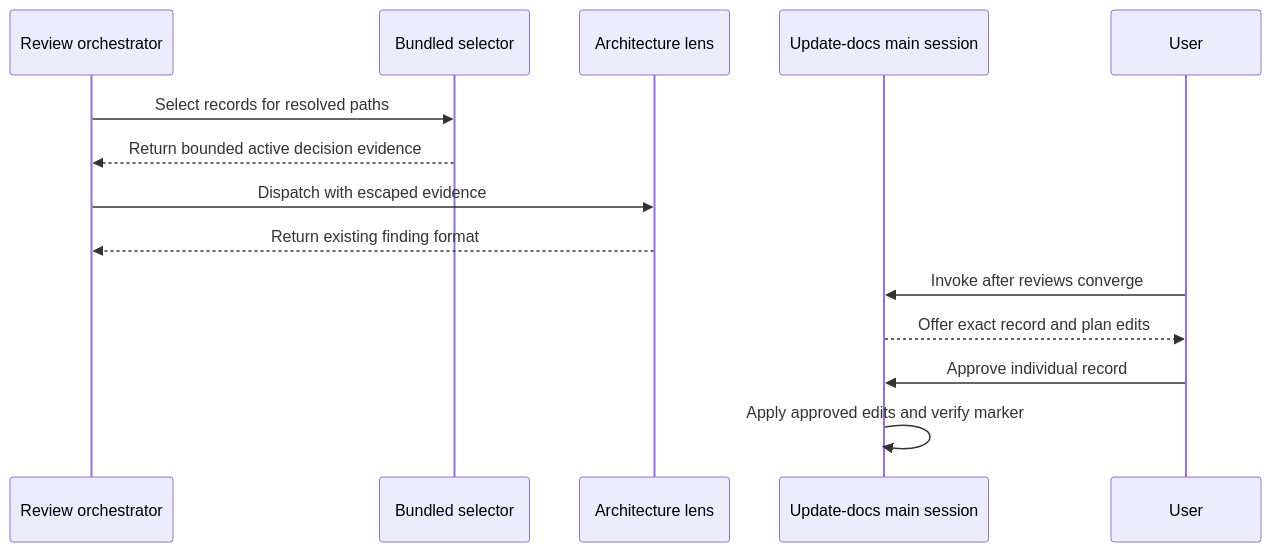
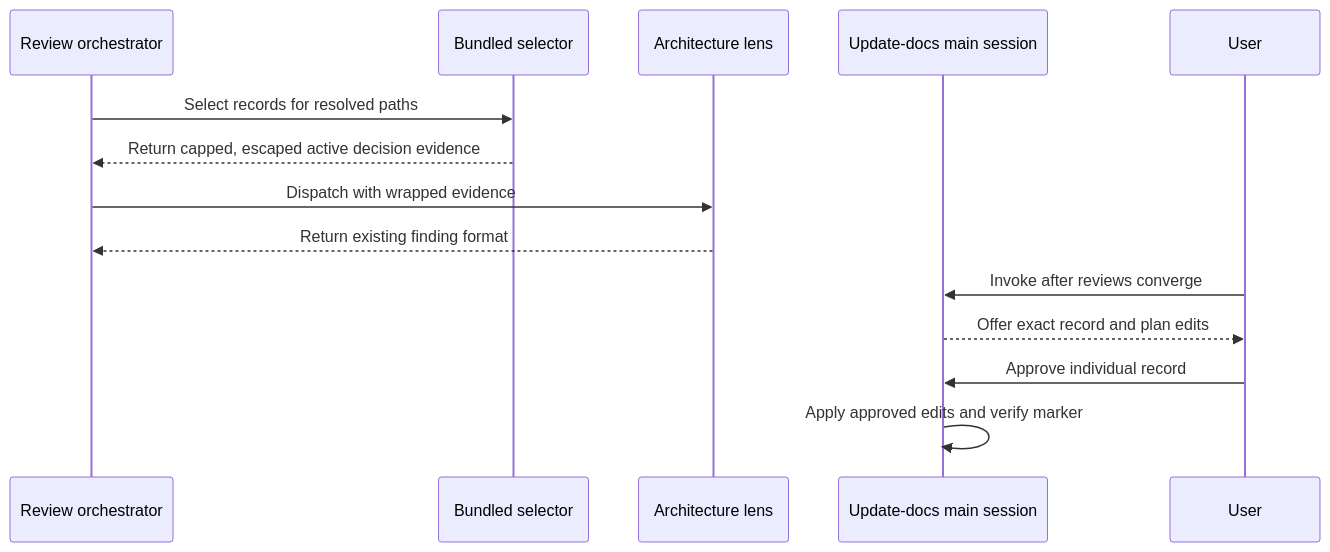
The second of 2 diagrams in docs/dev_plans/20261122-feature-decision-records.md (vr000m/skein), drawn with Mermaid before and after one commit. The commit also changed other lines of this file, not shown here.

First line of the commit message:
docs(plans): apply review-plan findings to decision-records plan and mark reviewed

````diff
--- a/docs/dev_plans/20261122-feature-decision-records.md
+++ b/docs/dev_plans/20261122-feature-decision-records.md
@@ -298,16 +316,16 @@
 ```mermaid
 sequenceDiagram
     participant R as Review orchestrator
     participant S as Bundled selector
     participant L as Architecture lens
     participant U as Update-docs main session
     participant H as User
     R->>S: Select records for resolved paths
-    S-->>R: Return bounded active decision evidence
-    R->>L: Dispatch with escaped evidence
+    S-->>R: Return capped, escaped active decision evidence
+    R->>L: Dispatch with wrapped evidence
     L-->>R: Return existing finding format
     H->>U: Invoke after reviews converge
     U-->>H: Offer exact record and plan edits
     H->>U: Approve individual record
     U->>U: Apply approved edits and verify marker
 ```
````
